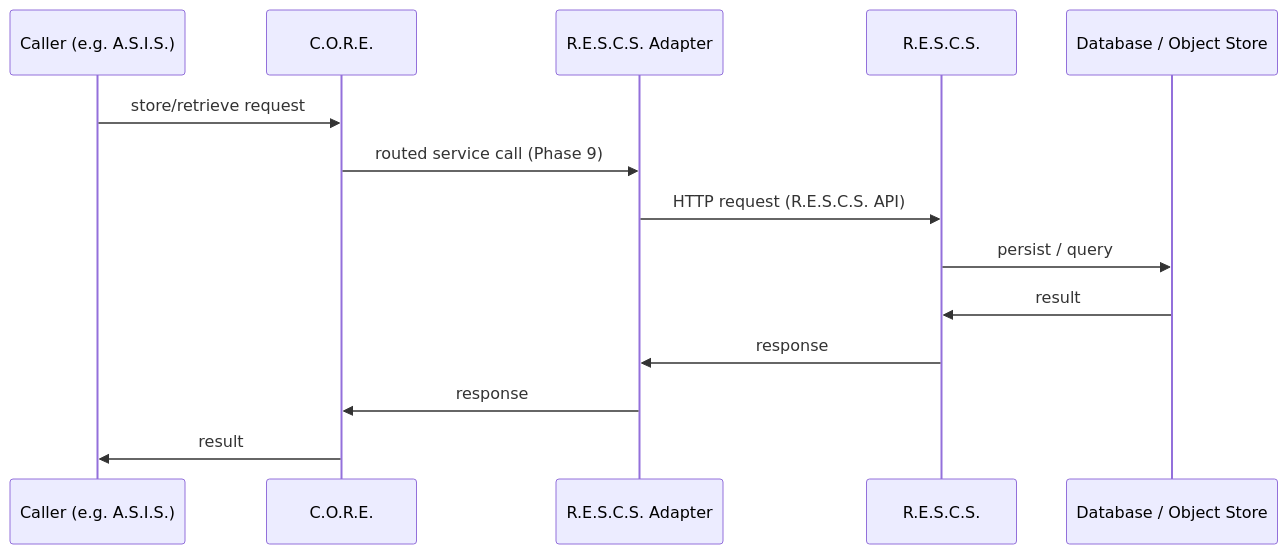
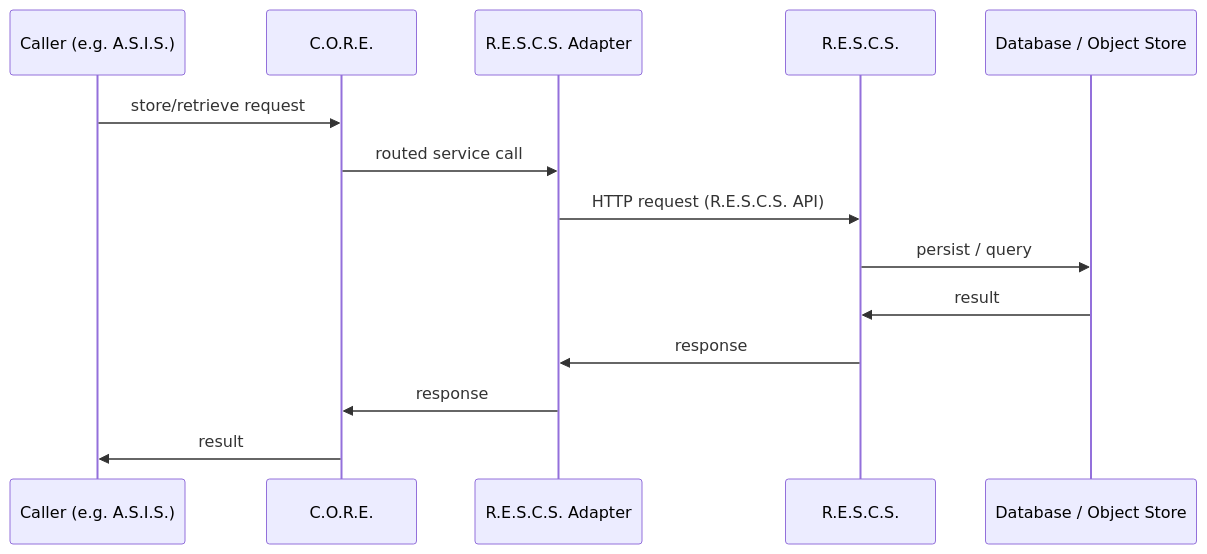
The diagram in architecture/data-flow.md (Kishir298/RISARMS-DOCS), drawn with Mermaid before and after one commit. The commit also changed other lines of this file and 20 other files, not shown here.

````diff
--- a/architecture/data-flow.md
+++ b/architecture/data-flow.md
@@ -26,17 +28,17 @@
 ```mermaid
 sequenceDiagram
     participant CALLER as Caller (e.g. A.S.I.S.)
     participant CORE as C.O.R.E.
     participant ADAPTER as R.E.S.C.S. Adapter
     participant RESCS as R.E.S.C.S.
     participant DB as Database / Object Store
 
     CALLER->>CORE: store/retrieve request
-    CORE->>ADAPTER: routed service call (Phase 9)
+    CORE->>ADAPTER: routed service call
     ADAPTER->>RESCS: HTTP request (R.E.S.C.S. API)
     RESCS->>DB: persist / query
     DB->>RESCS: result
     RESCS->>ADAPTER: response
     ADAPTER->>CORE: response
     CORE->>CALLER: result
 ```
````
